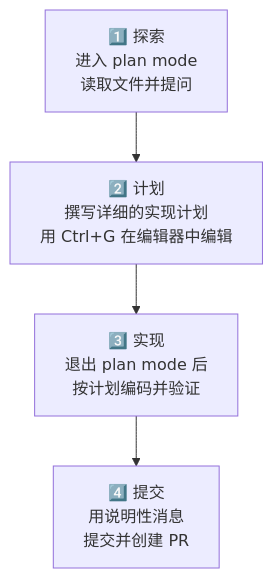
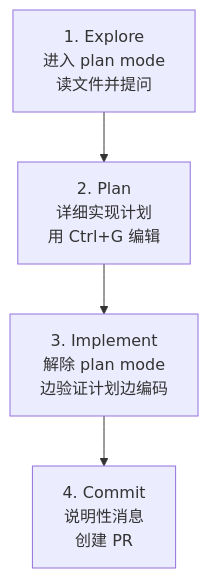
Before and after one commit to modu-ai/moai-adk: the diagram in docs-site/content/zh/claude-code/agentic/best-practices.md, drawn with Mermaid. The commit also changed other lines of this file and 395 other files, not shown here.

````diff
--- a/docs-site/content/zh/claude-code/agentic/best-practices.md
+++ b/docs-site/content/zh/claude-code/agentic/best-practices.md
@@ -40,6 +41,6 @@
 ```mermaid
 flowchart TD
-    A["1️⃣ 探索<br/>进入 plan mode<br/>读取文件并提问"] --> B["2️⃣ 计划<br/>撰写详细的实现计划<br/>用 Ctrl+G 在编辑器中编辑"]
-    B --> C["3️⃣ 实现<br/>退出 plan mode 后<br/>按计划编码并验证"]
-    C --> D["4️⃣ 提交<br/>用说明性消息<br/>提交并创建 PR"]
+    A["1. Explore<br/>进入 plan mode<br/>读文件并提问"] --> B["2. Plan<br/>详细实现计划<br/>用 Ctrl+G 编辑"]
+    B --> C["3. Implement<br/>解除 plan mode<br/>边验证计划边编码"]
+    C --> D["4. Commit<br/>说明性消息<br/>创建 PR"]
 ```
````
